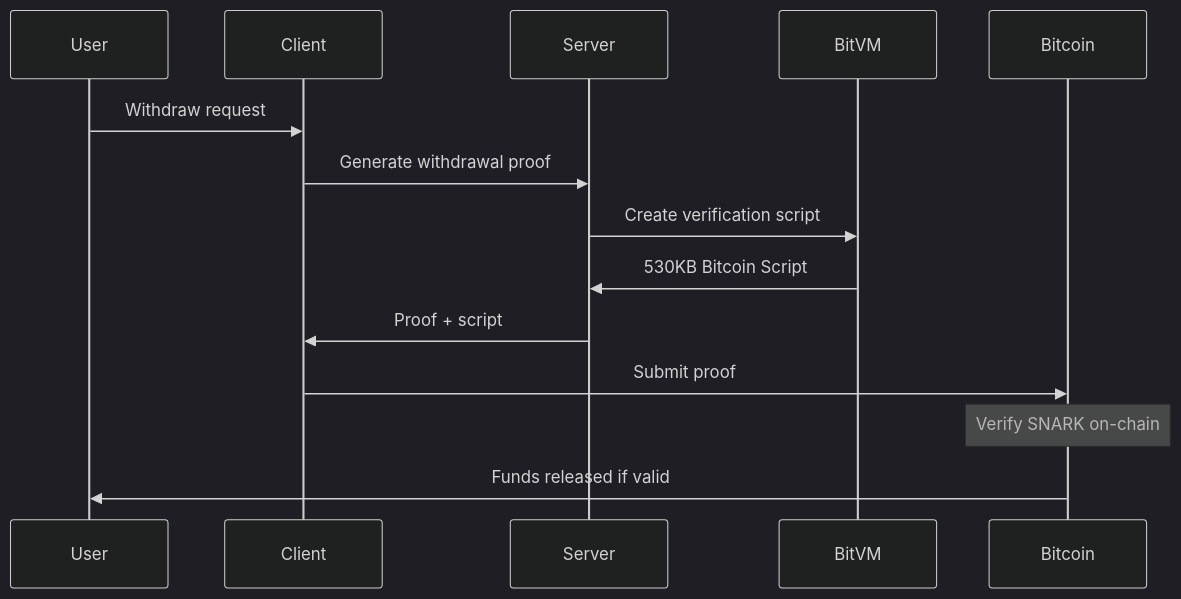
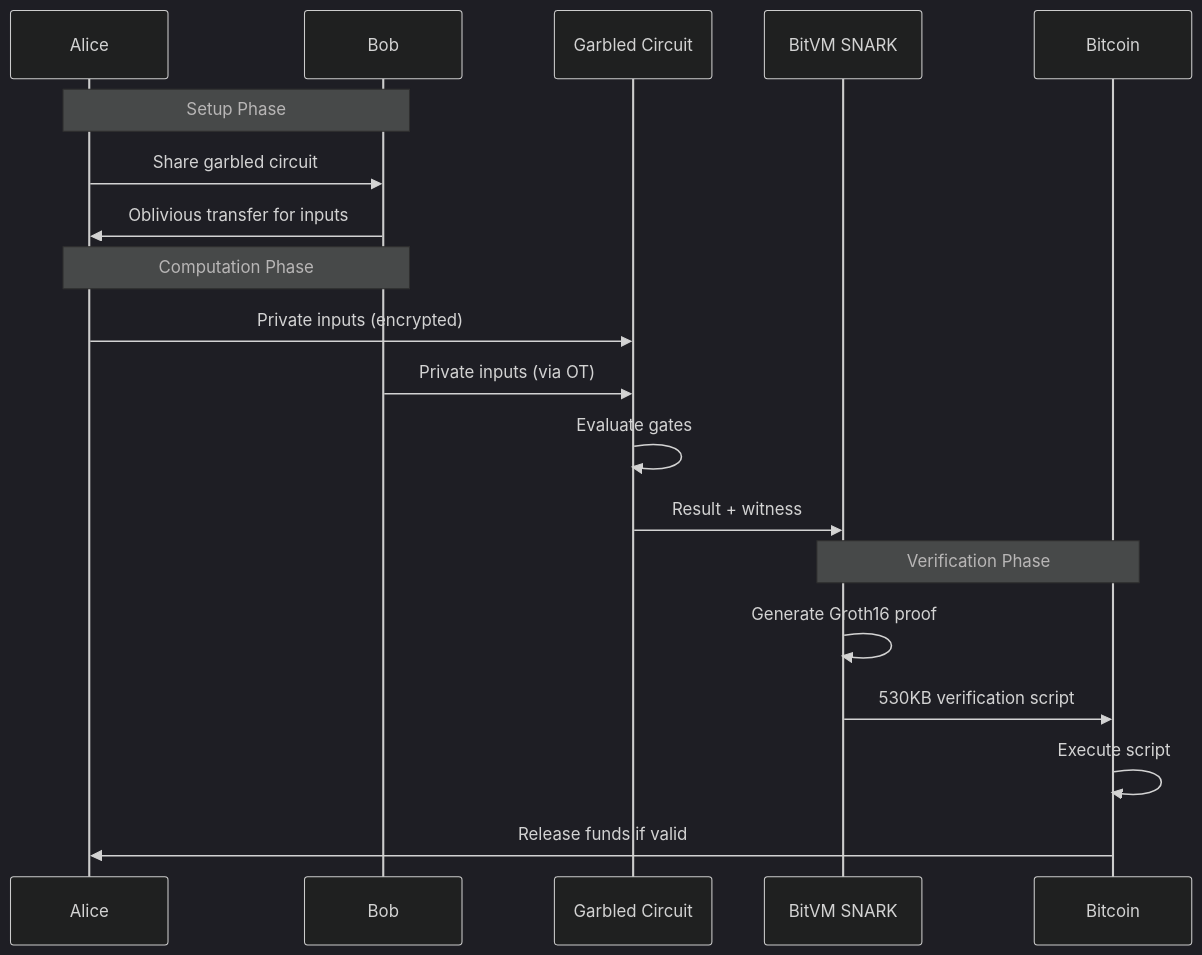
The second of 2 diagrams in bitvm/example/README.md (finiteloopme/dcentral-labs), drawn with Mermaid (dark theme) before and after one commit. The commit also changed other lines of this file and 6 other files, not shown here.

````diff
--- a/bitvm/example/README.md
+++ b/bitvm/example/README.md
@@ -151,17 +97,24 @@
 ```mermaid
 sequenceDiagram
-    participant User
-    participant Client
-    participant Server
-    participant BitVM
+    participant Alice
+    participant Bob
+    participant GC as Garbled Circuit
+    participant SNARK as BitVM SNARK
     participant Bitcoin
     
-    User->>Client: Withdraw request
-    Client->>Server: Generate withdrawal proof
-    Server->>BitVM: Create verification script
-    BitVM->>Server: 530KB Bitcoin Script
-    Server->>Client: Proof + script
-    Client->>Bitcoin: Submit proof
-    Note over Bitcoin: Verify SNARK on-chain
-    Bitcoin->>User: Funds released if valid
+    Note over Alice,Bob: Setup Phase
+    Alice->>Bob: Share garbled circuit
+    Bob->>Alice: Oblivious transfer for inputs
+    
+    Note over Alice,Bob: Computation Phase
+    Alice->>GC: Private inputs (encrypted)
+    Bob->>GC: Private inputs (via OT)
+    GC->>GC: Evaluate gates
+    GC->>SNARK: Result + witness
+    
+    Note over SNARK,Bitcoin: Verification Phase
+    SNARK->>SNARK: Generate Groth16 proof
+    SNARK->>Bitcoin: 530KB verification script
+    Bitcoin->>Bitcoin: Execute script
+    Bitcoin->>Alice: Release funds if valid
 ```
````
